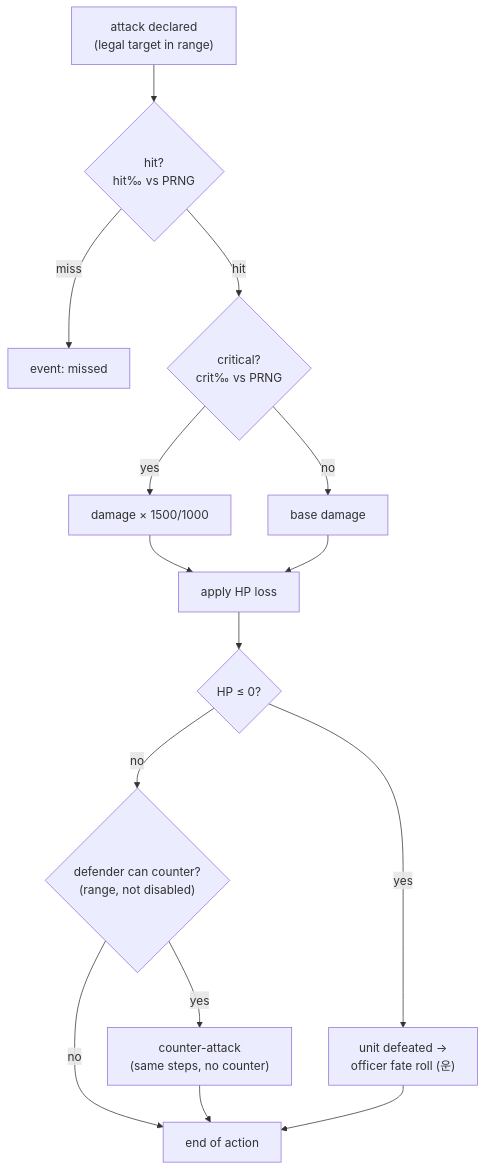
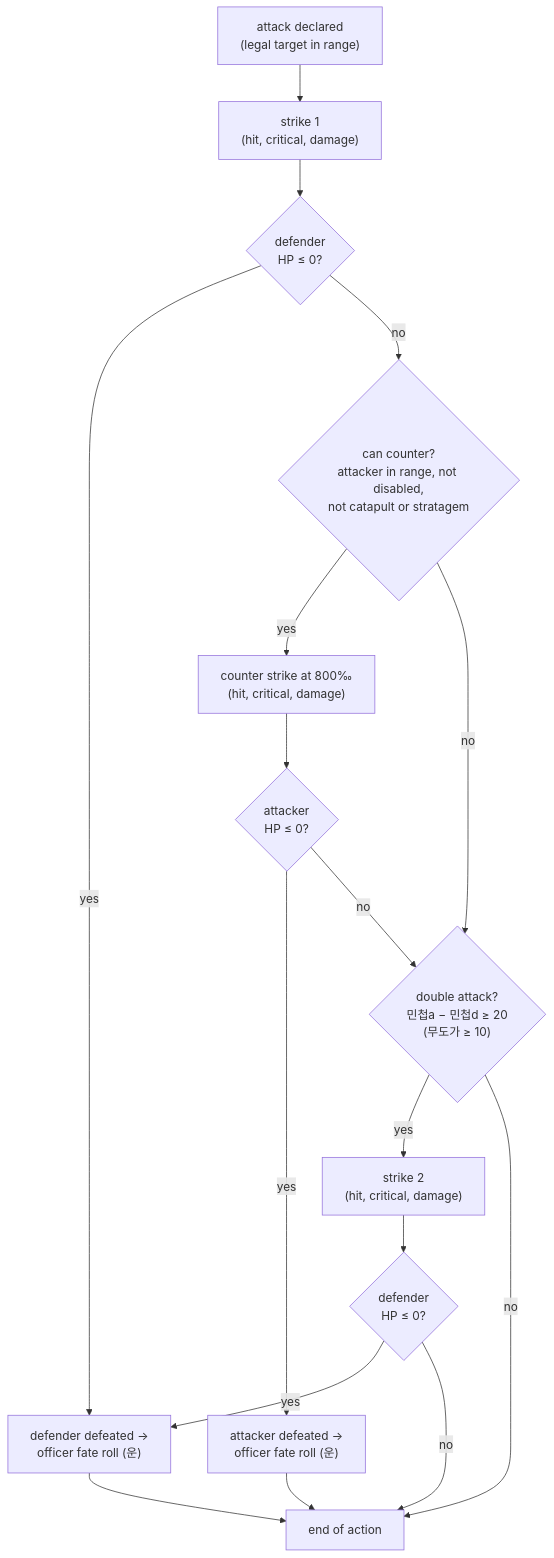
The second of 5 diagrams in docs/remake/RULES.md (dudueul/caocao), drawn with Mermaid before and after one commit. The commit also changed other lines of this file and 4 other files, not shown here.

````diff
--- a/docs/remake/RULES.md
+++ b/docs/remake/RULES.md
@@ -41,17 +41,19 @@
 ```mermaid
 flowchart TB
-  A["attack declared<br/>(legal target in range)"] --> H{"hit?<br/>hit‰ vs PRNG"}
-  H -->|miss| M["event: missed"]
-  H -->|hit| C{"critical?<br/>crit‰ vs PRNG"}
-  C -->|yes| DC["damage × 1500/1000"]
-  C -->|no| D["base damage"]
-  DC --> APPLY["apply HP loss"]
-  D --> APPLY
-  APPLY --> K{"HP ≤ 0?"}
-  K -->|yes| DEF["unit defeated →<br/>officer fate roll (운)"]
-  K -->|no| CT{"defender can counter?<br/>(range, not disabled)"}
-  CT -->|yes| CA["counter-attack<br/>(same steps, no counter)"]
-  CT -->|no| END["end of action"]
-  CA --> END
+  A["attack declared<br/>(legal target in range)"] --> S1["strike 1<br/>(hit, critical, damage)"]
+  S1 --> K1{"defender<br/>HP ≤ 0?"}
+  K1 -->|yes| DEF["defender defeated →<br/>officer fate roll (운)"]
+  K1 -->|no| CT{"can counter?<br/>attacker in range, not disabled,<br/>not catapult or stratagem"}
+  CT -->|yes| CA["counter strike at 800‰<br/>(hit, critical, damage)"]
+  CT -->|no| DA
+  CA --> K2{"attacker<br/>HP ≤ 0?"}
+  K2 -->|yes| ADEF["attacker defeated →<br/>officer fate roll (운)"]
+  K2 -->|no| DA{"double attack?<br/>민첩a − 민첩d ≥ 20<br/>(무도가 ≥ 10)"}
+  DA -->|yes| S2["strike 2<br/>(hit, critical, damage)"]
+  DA -->|no| END["end of action"]
+  S2 --> K3{"defender<br/>HP ≤ 0?"}
+  K3 -->|yes| DEF
+  K3 -->|no| END
   DEF --> END
+  ADEF --> END
 ```
````
